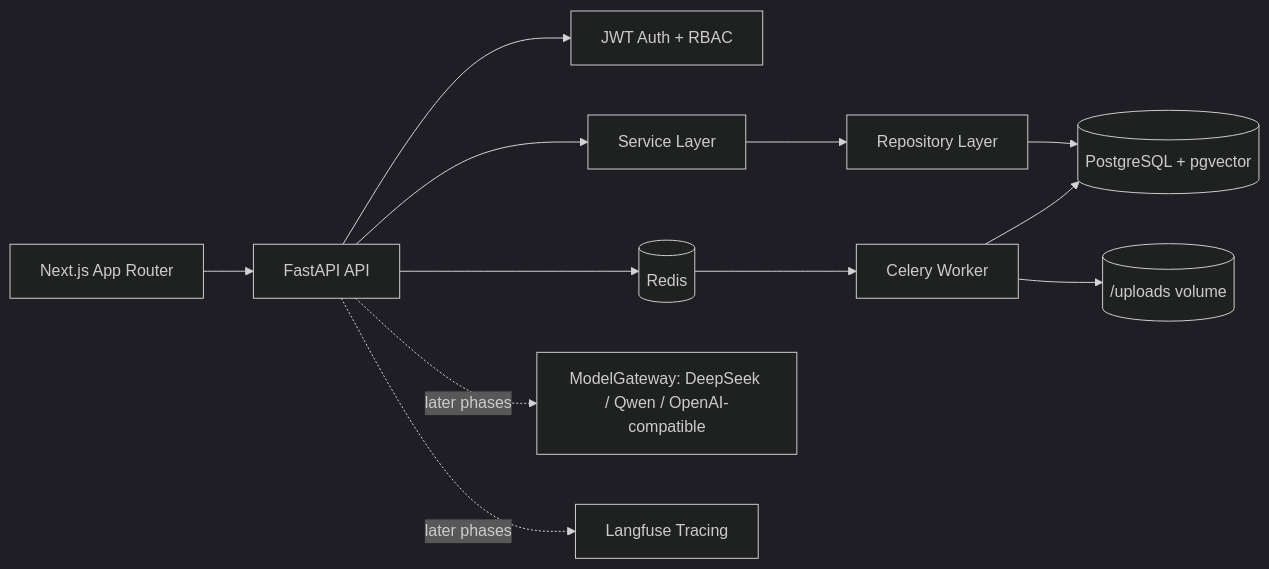
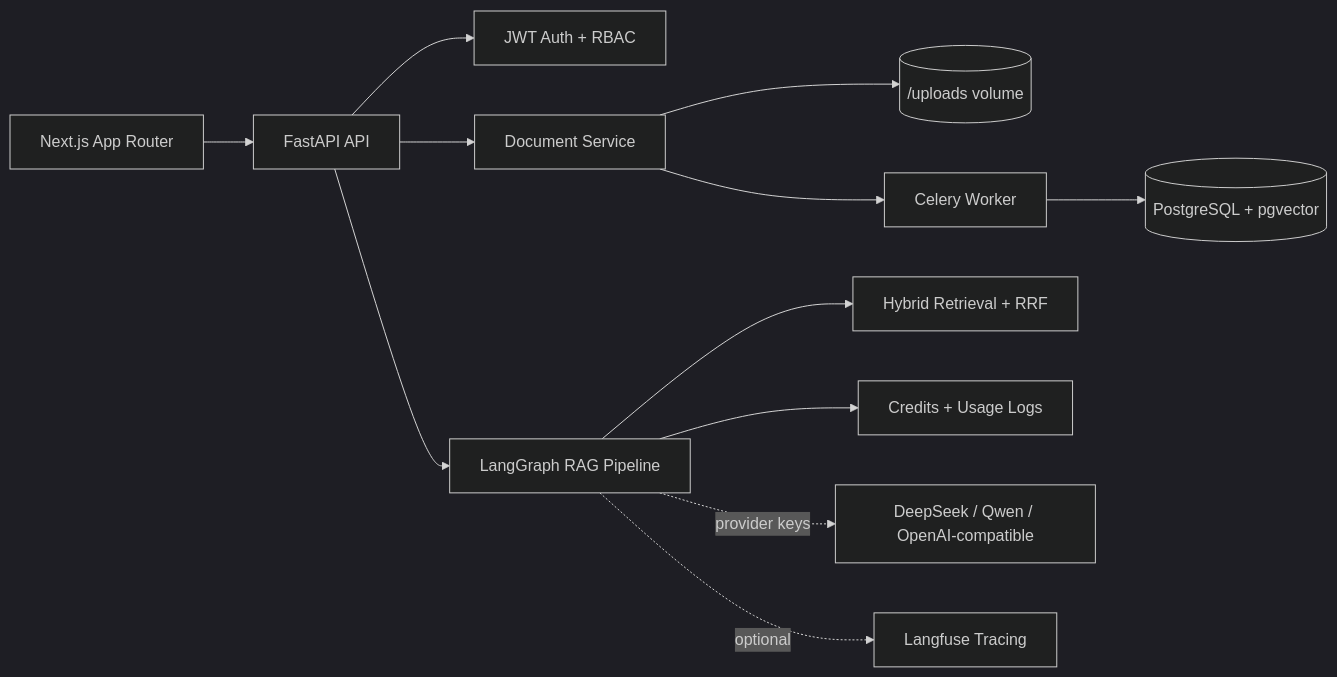
The diagram in README.md (Shifu710/smartdocs-ai), drawn with Mermaid (dark theme) before and after one commit. The commit also changed other lines of this file and 31 other files, not shown here.

Commit message:
feat: add smartdocs rag product flow

````diff
--- a/README.md
+++ b/README.md
@@ -36,14 +57,14 @@
 ```mermaid
 flowchart LR
   Browser["Next.js App Router"] --> API["FastAPI API"]
   API --> Auth["JWT Auth + RBAC"]
-  API --> Services["Service Layer"]
-  Services --> Repos["Repository Layer"]
-  Repos --> PG[("PostgreSQL + pgvector")]
-  API --> Redis[("Redis")]
-  Redis --> Worker["Celery Worker"]
-  Worker --> Uploads[("/uploads volume")]
-  Worker --> PG
-  API -. later phases .-> Gateway["ModelGateway: DeepSeek / Qwen / OpenAI-compatible"]
-  API -. later phases .-> Langfuse["Langfuse Tracing"]
+  API --> Docs["Document Service"]
+  Docs --> Uploads[("/uploads volume")]
+  Docs --> Worker["Celery Worker"]
+  Worker --> PG[("PostgreSQL + pgvector")]
+  API --> RAG["LangGraph RAG Pipeline"]
+  RAG --> Retrieval["Hybrid Retrieval + RRF"]
+  RAG --> Billing["Credits + Usage Logs"]
+  RAG -. provider keys .-> Gateway["DeepSeek / Qwen / OpenAI-compatible"]
+  RAG -. optional .-> Langfuse["Langfuse Tracing"]
 ```
````
